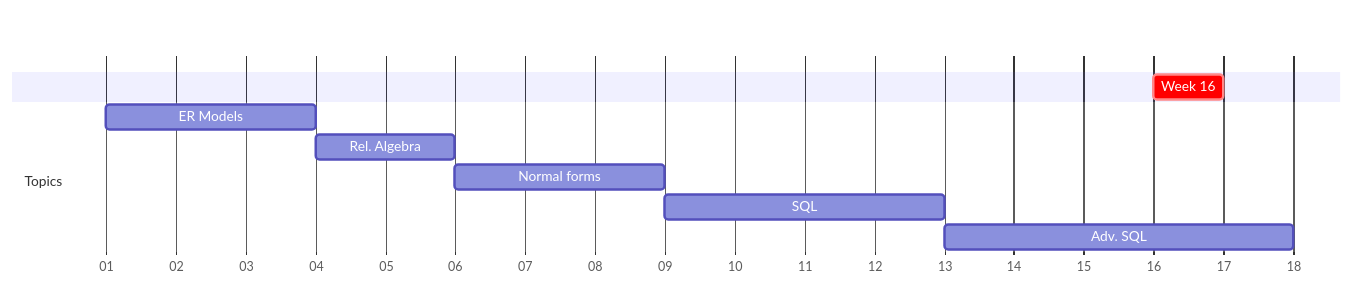
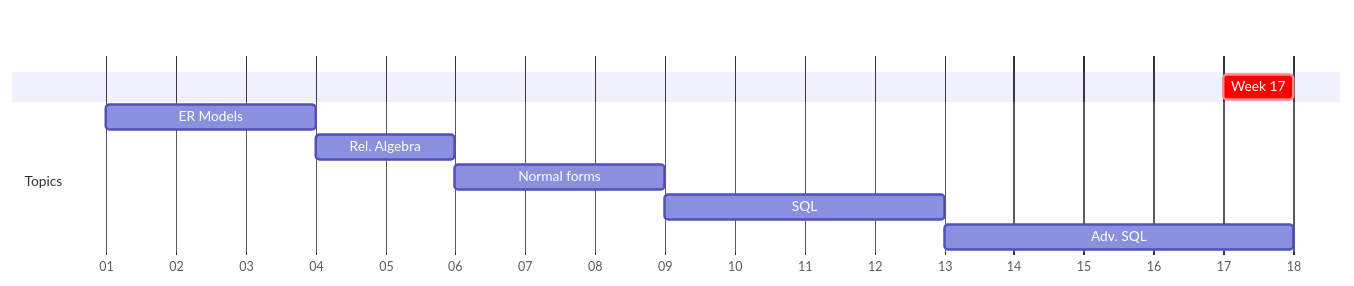
The diagram in fa2024/lectures/week-mermaid.mmd (lowkeylabs/cmsc408-course-admin), drawn with Mermaid before and after one commit. The commit also changed 265 other files, not shown here.

```diff
--- a/fa2024/lectures/week-mermaid.mmd
+++ b/fa2024/lectures/week-mermaid.mmd
@@ -1,14 +1,14 @@
 
 gantt
     dateFormat  M/DD/YYYY
     axisFormat  %W
 
     section    
-    Week 16 : crit, weekblock, 4/21/2024, 1w
+    Week 17 : crit, weekblock, 4/28/2024, 1w
 
     section Topics
     ER Models : m1, 1/7/2024, 3w
     Rel. Algebra: m4, after m1, 2w
     Normal forms: m5, after m4, 3w
     SQL : m6, after m5, 4w
     Adv. SQL: m7, after m6, 5w
```
